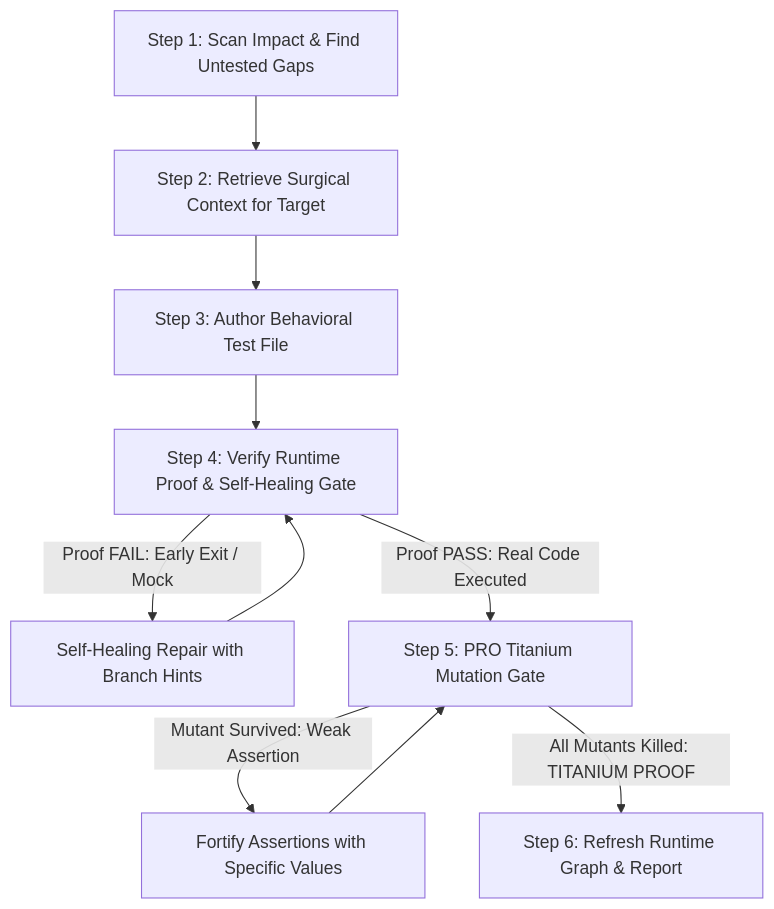
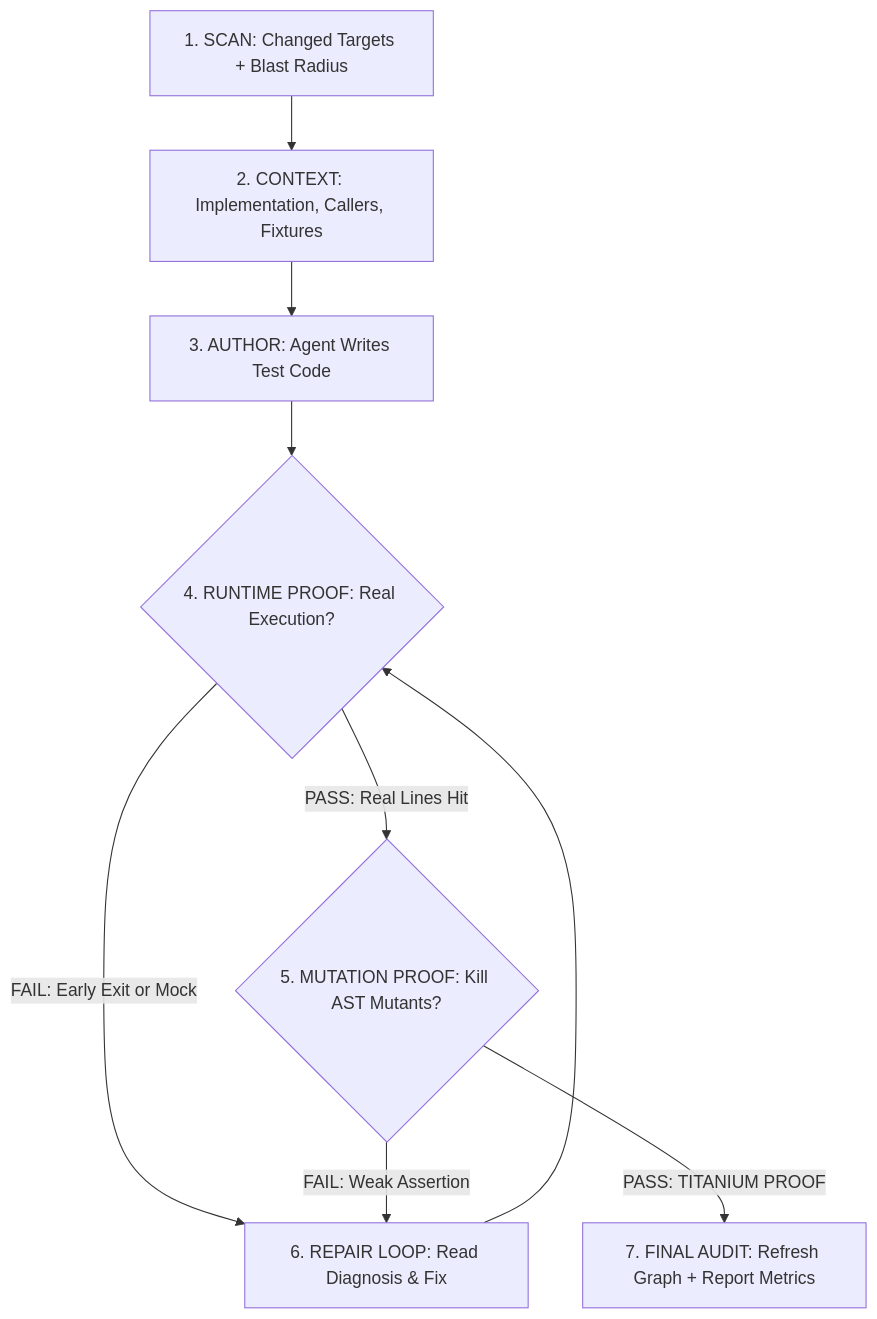
Before and after one commit to minhquang0407/proven: the diagram in skills/softgnn-advisor/SKILL.md, drawn with Mermaid. The commit also changed other lines of this file and 1 other file, not shown here.

Commit message:
docs: formalize 7-stage PRO ground truth cycle in README and SKILL

````diff
--- a/skills/softgnn-advisor/SKILL.md
+++ b/skills/softgnn-advisor/SKILL.md
@@ -40,12 +32,11 @@
 ```mermaid
 flowchart TD
-    A[Step 1: Scan Impact & Find Untested Gaps] --> B[Step 2: Retrieve Surgical Context for Target]
-    B --> C[Step 3: Author Behavioral Test File]
-    C --> D[Step 4: Verify Runtime Proof & Self-Healing Gate]
-    D -->|Proof FAIL: Early Exit / Mock| Repair1[Self-Healing Repair with Branch Hints]
-    Repair1 --> D
-    D -->|Proof PASS: Real Code Executed| E[Step 5: PRO Titanium Mutation Gate]
-    E -->|Mutant Survived: Weak Assertion| Repair2[Fortify Assertions with Specific Values]
-    Repair2 --> E
-    E -->|All Mutants Killed: TITANIUM PROOF| F[Step 6: Refresh Runtime Graph & Report]
+    Scan[1. SCAN: Changed Targets + Blast Radius] --> Context[2. CONTEXT: Implementation, Callers, Fixtures]
+    Context --> Author[3. AUTHOR: Agent Writes Test Code]
+    Author --> RunProof{4. RUNTIME PROOF: Real Execution?}
+    RunProof -->|FAIL: Early Exit or Mock| Repair[6. REPAIR LOOP: Read Diagnosis & Fix]
+    RunProof -->|PASS: Real Lines Hit| MutProof{5. MUTATION PROOF: Kill AST Mutants?}
+    MutProof -->|FAIL: Weak Assertion| Repair
+    Repair --> RunProof
+    MutProof -->|PASS: TITANIUM PROOF| FinalAudit[7. FINAL AUDIT: Refresh Graph + Report Metrics]
 ```
````
